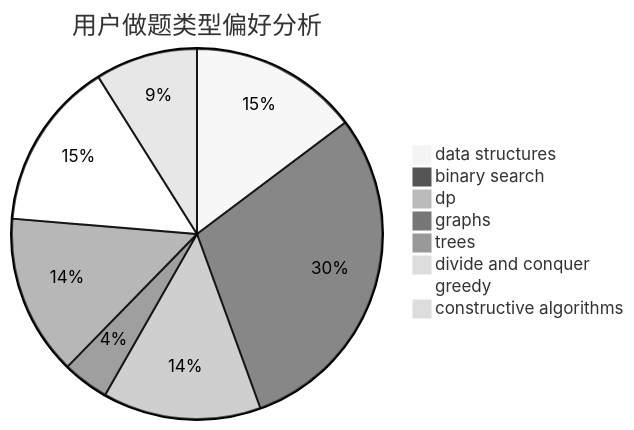
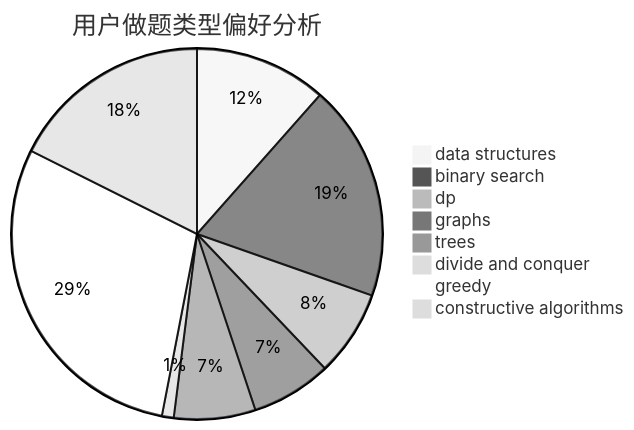
The second of 3 diagrams in docs/user/u589.md (sherpahu/cfrs.github.io), drawn with Mermaid (neutral theme) before and after one commit. The commit also changed other lines of this file and 2770 other files, not shown here.

````diff
--- a/docs/user/u589.md
+++ b/docs/user/u589.md
@@ -23,11 +23,11 @@
 ```mermaid
 pie title 用户做题类型偏好分析
-    "data structures" :  142
-    "binary search" :  286
-    "dp" :  133
-    "graphs" :  39
-    "trees" :  135
-    "divide and conquer" :  0
-    "greedy" :  142
-    "constructive algorithms" :  86
+    "data structures" :  112
+    "binary search" :  183
+    "dp" :  73
+    "graphs" :  68
+    "trees" :  69
+    "divide and conquer" :  10
+    "greedy" :  285
+    "constructive algorithms" :  171
 ```
````
